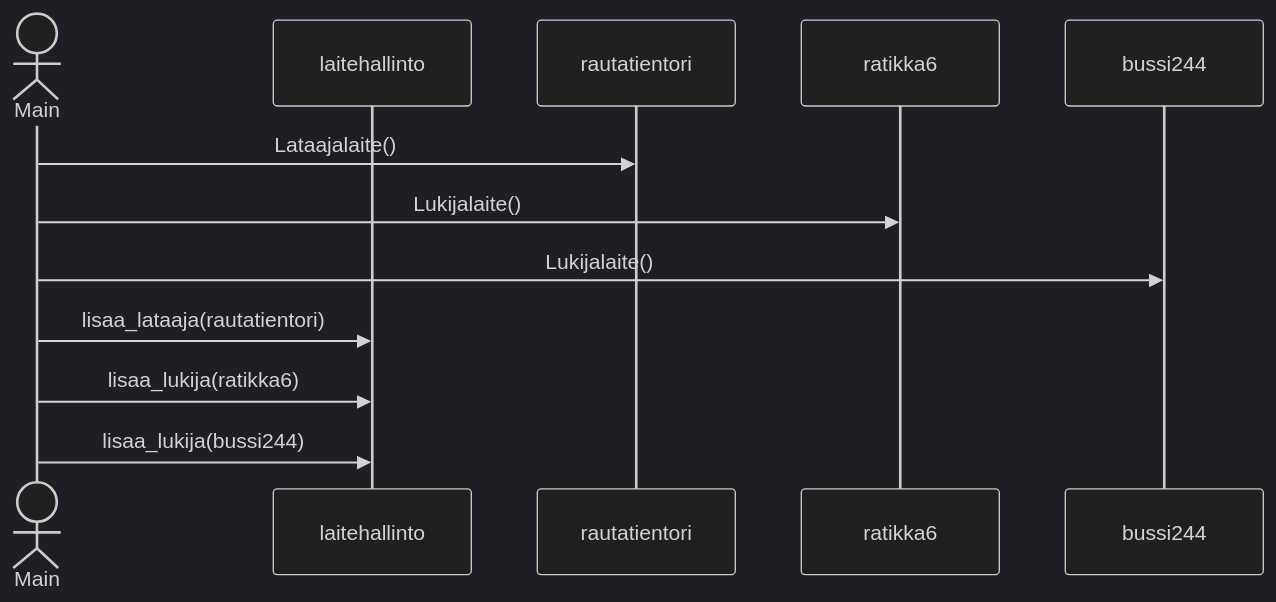
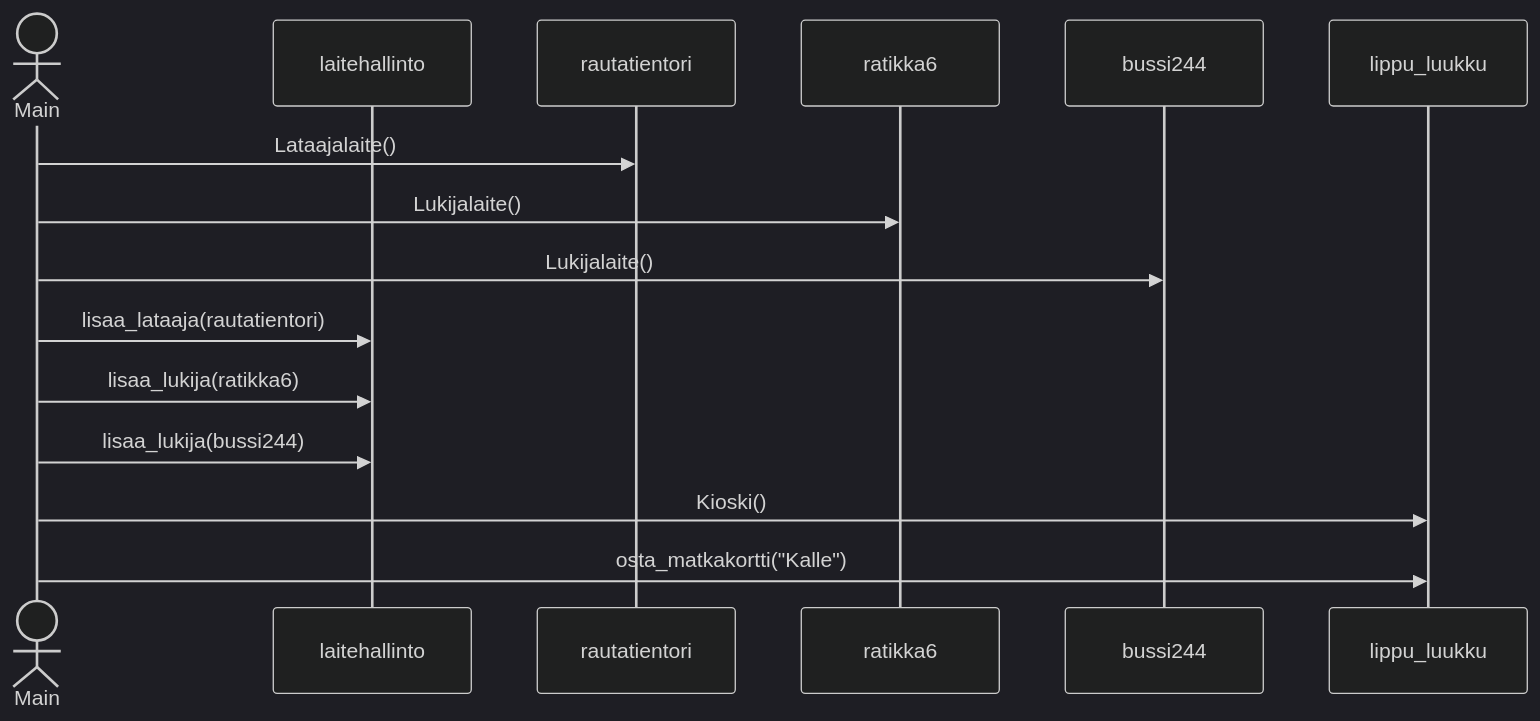
Before and after one commit to Germuu/ot-harjoitusty-: the diagram in laskarit/viikko3/sekvenssikaavio.md, drawn with Mermaid (dark theme).

````diff
--- a/laskarit/viikko3/sekvenssikaavio.md
+++ b/laskarit/viikko3/sekvenssikaavio.md
@@ -1,19 +1,24 @@
 ```mermaid
 sequenceDiagram
   actor Main
   participant laitehallinto
   participant rautatientori
   participant ratikka6
   participant bussi244
   
   Main ->> rautatientori : Lataajalaite()
   Main ->> ratikka6: Lukijalaite()
   Main ->> bussi244: Lukijalaite()
 
   Main ->> laitehallinto : lisaa_lataaja(rautatientori)
   Main ->> laitehallinto : lisaa_lukija(ratikka6)
   Main ->> laitehallinto : lisaa_lukija(bussi244)
+
+  Main ->> lippu_luukku : Kioski()
+  Main ->> lippu_luukku : osta_matkakortti("Kalle")
+
+  
   
 
  
 ```
````
